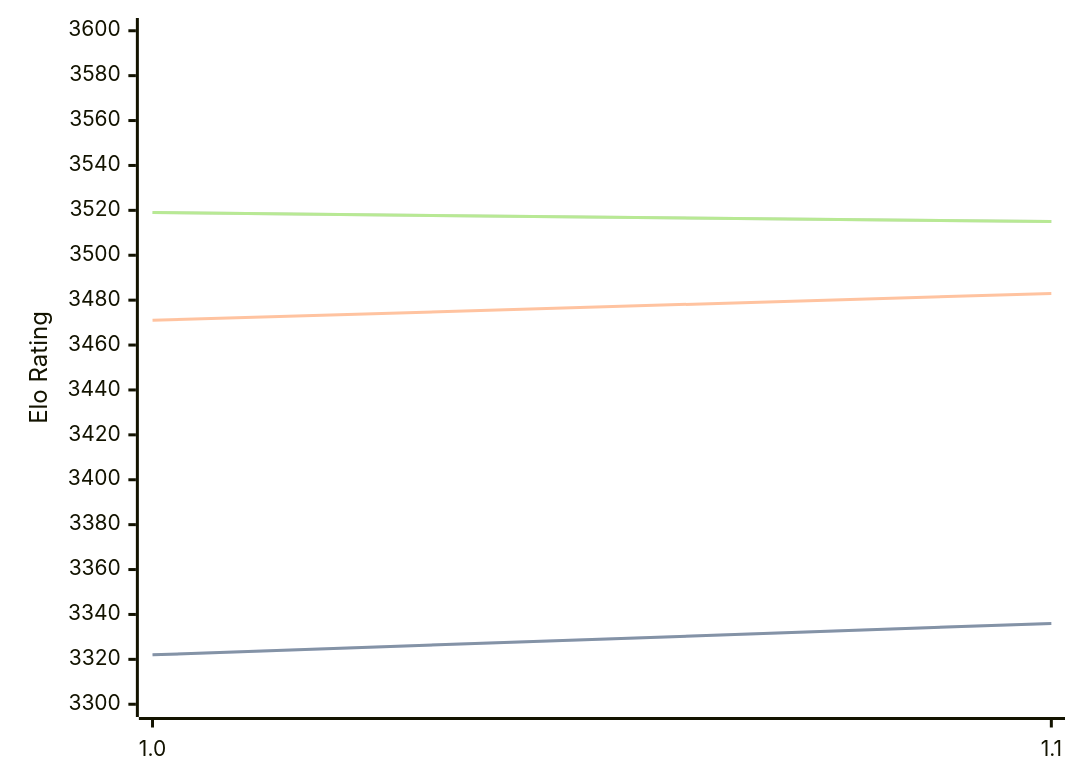
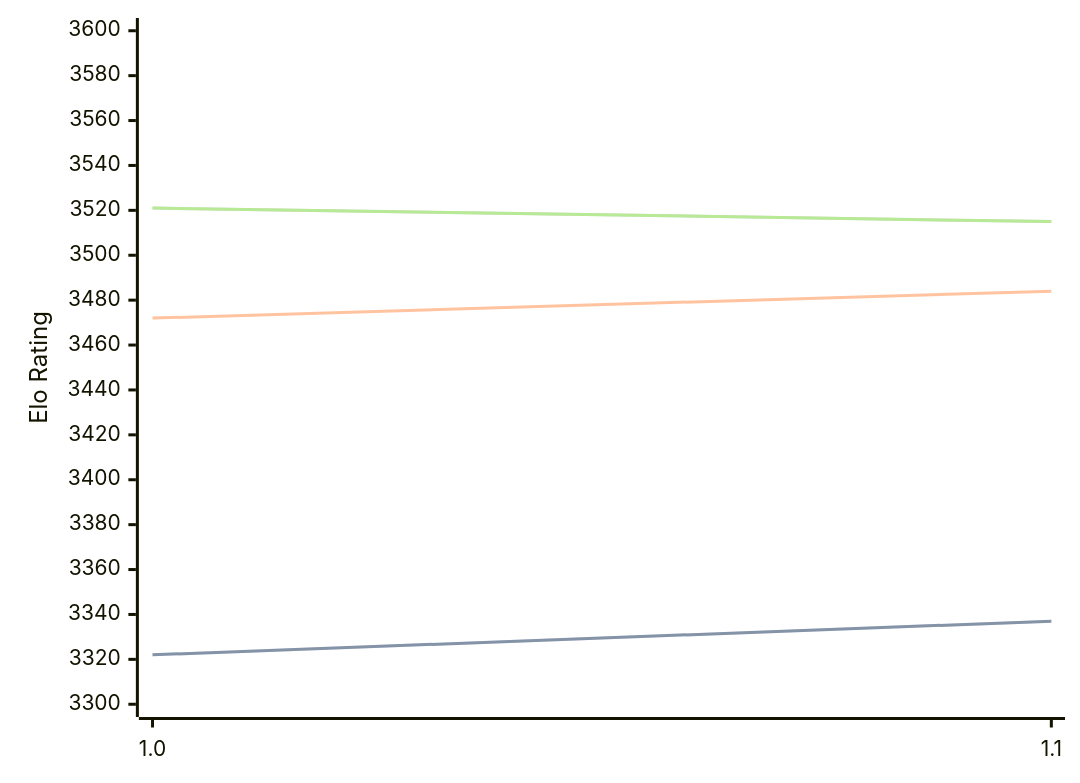
One commit to computer-chess-index/cci changed the third of 3 diagrams in engines/Horsie.md. Above: the diagram before and after it, drawn with Mermaid. The commit also changed other lines of this file, not shown here.

Commit message:
Update CCI Ratings (ELO VLTC) - 2026-06-24

````diff
--- a/engines/Horsie.md
+++ b/engines/Horsie.md
@@ -65,11 +65,11 @@
 ```mermaid
 %%{init: {"theme":"base","themeVariables":{"seriesColors:['#a3a3a3','#222221','#faa371']}}}%%
 xychart-beta
   x-axis ["1.0", "1.1"]
   y-axis "Elo Rating" 3300 --> 3600
-  line "STC (8.0+0.08s)" [3322, 3336]
-  line "STC (8.0+0.08s)" [3322, 3336]
-  line "LTC (60.0+0.60s)" [3471, 3483]
-  line "VLTC (2m24s+1.12s)" [3519, 3515]
-  line "VLTC (2m24s+1.12s)" [3519, 3515]
+  line "STC (8.0+0.08s)" [3322, 3337]
+  line "STC (8.0+0.08s)" [3322, 3337]
+  line "LTC (60.0+0.60s)" [3472, 3484]
+  line "VLTC (2m24s+1.12s)" [3521, 3515]
+  line "VLTC (2m24s+1.12s)" [3521, 3515]
 ```
````
